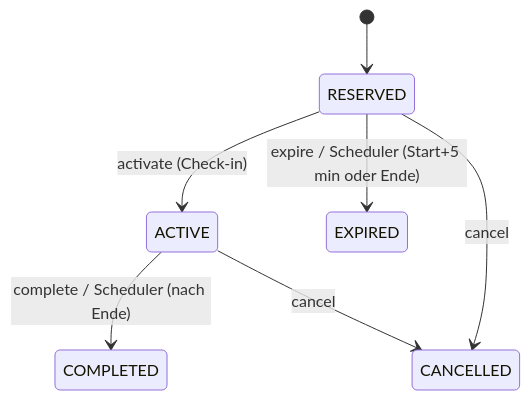
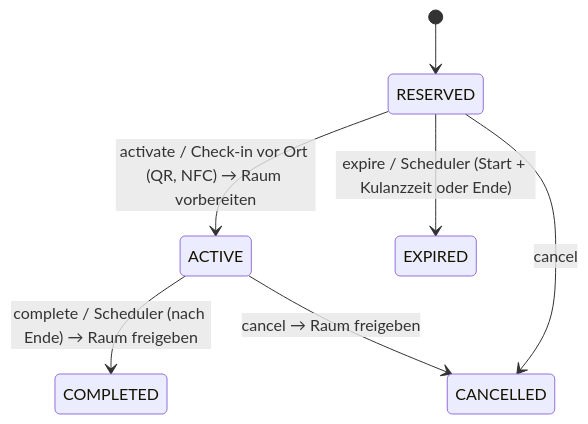
The third of 3 diagrams in docs/SYSTEMDOKUMENTATION.md (Crimson8230/raumlotse), drawn with Mermaid before and after one commit. The commit also changed other lines of this file and 120 other files, not shown here.

````diff
--- a/docs/SYSTEMDOKUMENTATION.md
+++ b/docs/SYSTEMDOKUMENTATION.md
@@ -111,9 +112,9 @@
 ```mermaid
 stateDiagram-v2
   [*] --> RESERVED
-  RESERVED --> ACTIVE: activate (Check-in)
-  RESERVED --> EXPIRED: expire / Scheduler (Start+5 min oder Ende)
+  RESERVED --> ACTIVE: activate / Check-in vor Ort (QR, NFC) → Raum vorbereiten
+  RESERVED --> EXPIRED: expire / Scheduler (Start + Kulanzzeit oder Ende)
   RESERVED --> CANCELLED: cancel
-  ACTIVE --> COMPLETED: complete / Scheduler (nach Ende)
-  ACTIVE --> CANCELLED: cancel
+  ACTIVE --> COMPLETED: complete / Scheduler (nach Ende) → Raum freigeben
+  ACTIVE --> CANCELLED: cancel → Raum freigeben
 ```
````
